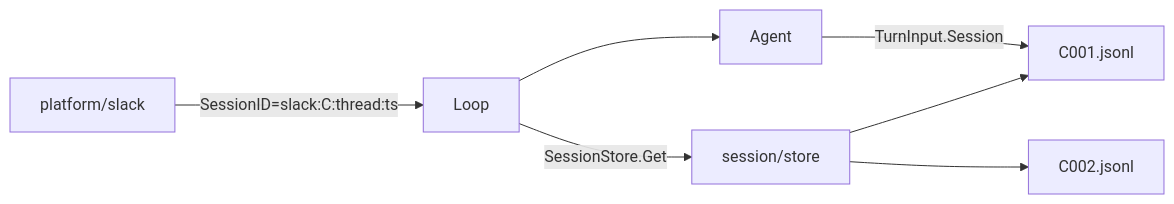
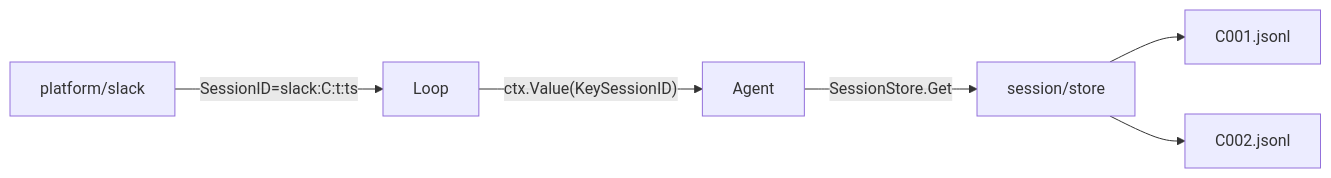
Before and after one commit to lengzhao/agentkit: the fourth of 5 diagrams in docs/go-agent-harness-architecture.zh.md, drawn with Mermaid. The commit also changed other lines of this file and 38 other files, not shown here.

````diff
--- a/docs/go-agent-harness-architecture.zh.md
+++ b/docs/go-agent-harness-architecture.zh.md
@@ -766,9 +774,8 @@
 ```mermaid
 flowchart LR
-  Slack["platform/slack"] -->|"SessionID=slack:C:thread:ts"| Loop
-  Loop -->|"SessionStore.Get"| Store["session/store"]
+  Slack["platform/slack"] -->|"SessionID=slack:C:t:ts"| Loop
+  Loop -->|"ctx.Value(KeySessionID)"| Agent
+  Agent -->|"SessionStore.Get"| Store["session/store"]
   Store --> F1["C001.jsonl"]
   Store --> F2["C002.jsonl"]
-  Loop --> Agent
-  Agent -->|"TurnInput.Session"| F1
 ```
````
